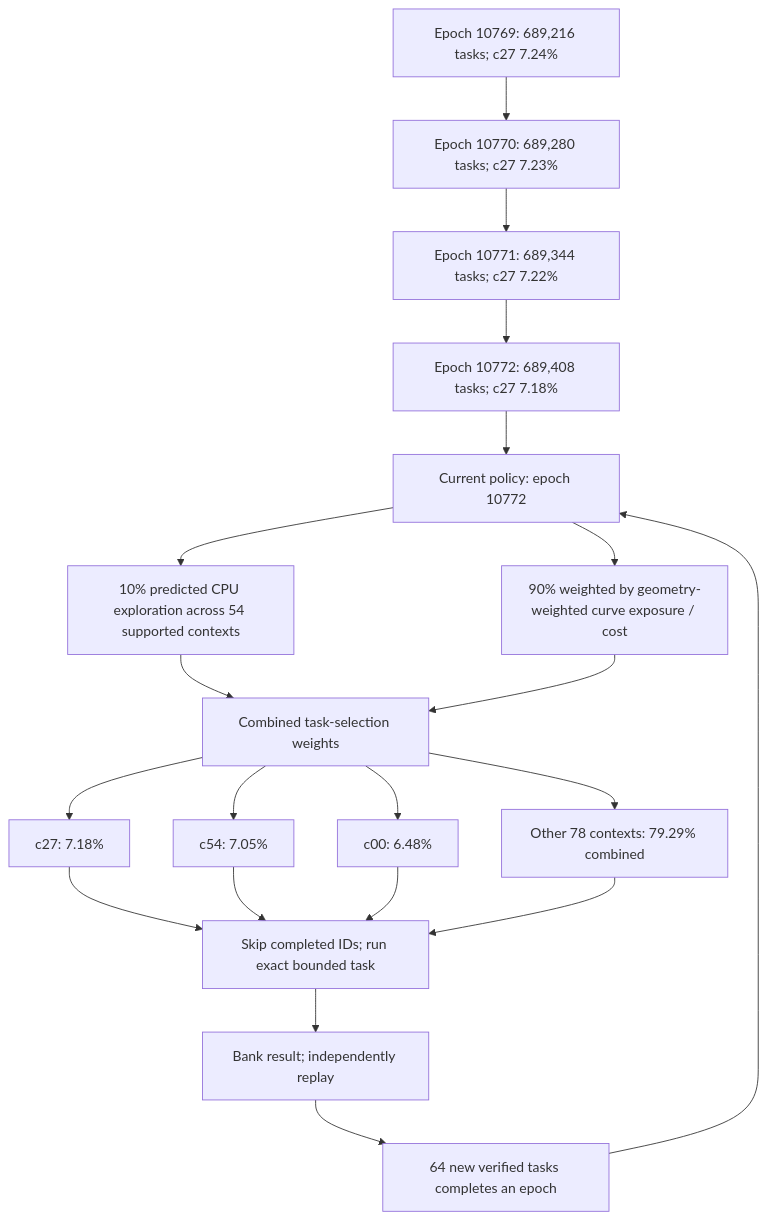
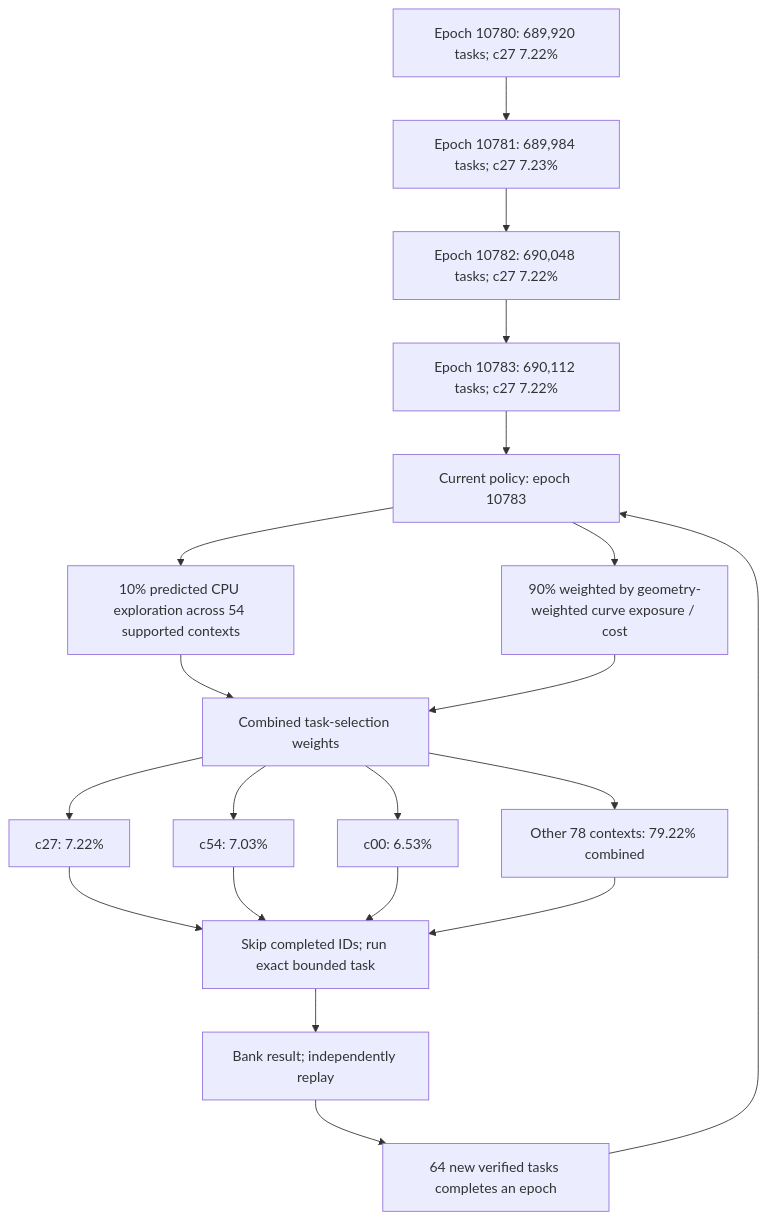
The first of 4 diagrams in README.md (Kuberwastaken/math-gambling), drawn with Mermaid before and after one commit. The commit also changed other lines of this file and 2695 other files, not shown here.

````diff
--- a/README.md
+++ b/README.md
@@ -60,27 +60,27 @@
 ```mermaid
 flowchart TD
-    H0["Epoch 10769: 689,216 tasks; c27 7.24%"]
-    H1["Epoch 10770: 689,280 tasks; c27 7.23%"]
+    H0["Epoch 10780: 689,920 tasks; c27 7.22%"]
+    H1["Epoch 10781: 689,984 tasks; c27 7.23%"]
     H0 --> H1
-    H2["Epoch 10771: 689,344 tasks; c27 7.22%"]
+    H2["Epoch 10782: 690,048 tasks; c27 7.22%"]
     H1 --> H2
-    H3["Epoch 10772: 689,408 tasks; c27 7.18%"]
+    H3["Epoch 10783: 690,112 tasks; c27 7.22%"]
     H2 --> H3
-    Policy["Current policy: epoch 10772"]
+    Policy["Current policy: epoch 10783"]
     H3 --> Policy
     Policy --> Explore["10% predicted CPU exploration across 54 supported contexts"]
     Policy --> Cost["90% weighted by geometry-weighted curve exposure / cost"]
     Explore --> Mix["Combined task-selection weights"]
     Cost --> Mix
-    Mix --> C0["c27: 7.18%"]
-    Mix --> C1["c54: 7.05%"]
-    Mix --> C2["c00: 6.48%"]
-    Mix --> Rest["Other 78 contexts: 79.29% combined"]
+    Mix --> C0["c27: 7.22%"]
+    Mix --> C1["c54: 7.03%"]
+    Mix --> C2["c00: 6.53%"]
+    Mix --> Rest["Other 78 contexts: 79.22% combined"]
     C0 --> Check["Skip completed IDs; run exact bounded task"]
     C1 --> Check
     C2 --> Check
     Rest --> Check
     Check --> Replay["Bank result; independently replay"]
     Replay --> Gate["64 new verified tasks completes an epoch"]
     Gate --> Policy
 ```
````
